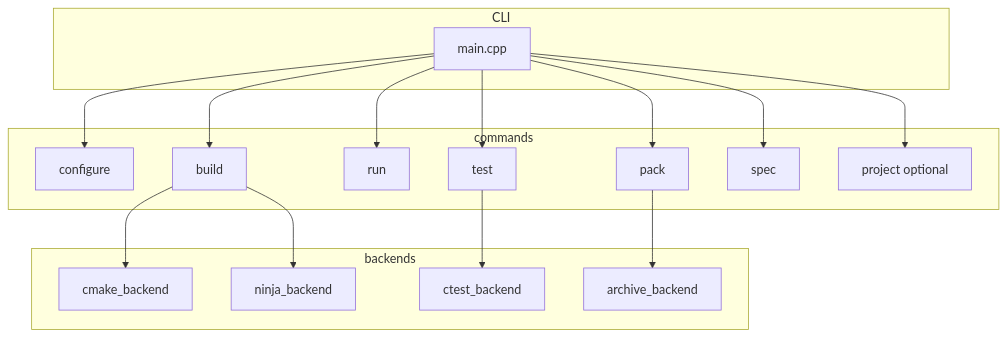
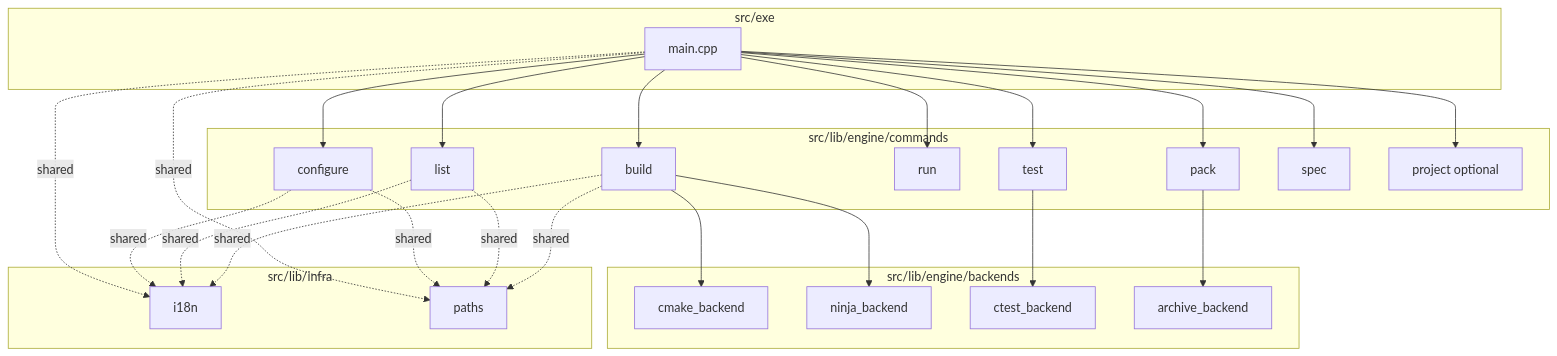
Before and after one commit to shelltdf/up: the diagram in ai-software-engineering/02-physical/up-cli/uml-component.md, drawn with Mermaid. The commit also changed 157 other files, not shown here.

````diff
--- a/ai-software-engineering/02-physical/up-cli/uml-component.md
+++ b/ai-software-engineering/02-physical/up-cli/uml-component.md
@@ -3,25 +3,34 @@
 ```mermaid
 flowchart TB
-  subgraph cli [CLI]
+  subgraph exe [src/exe]
     main[main.cpp]
   end
-  subgraph cmds [commands]
+  subgraph libcmd [src/lib/engine/commands]
     configure[configure]
+    list[list]
     build[build]
     run[run]
     test[test]
     pack[pack]
     spec[spec]
     project[project optional]
   end
-  subgraph backends [backends]
+  subgraph libback [src/lib/engine/backends]
     cmake[cmake_backend]
     ninja[ninja_backend]
     ctest[ctest_backend]
     archive[archive_backend]
   end
-  main --> configure & build & run & test & pack & spec & project
+  subgraph libinfra [src/lib/infra]
+    i18n[i18n]
+    paths[paths]
+  end
+  main --> configure & list & build & run & test & pack & spec & project
+  main -.shared.-> i18n & paths
+  configure -.shared.-> i18n & paths
+  list -.shared.-> i18n & paths
+  build -.shared.-> i18n & paths
   build --> cmake & ninja
   test --> ctest
   pack --> archive
 ```
````
